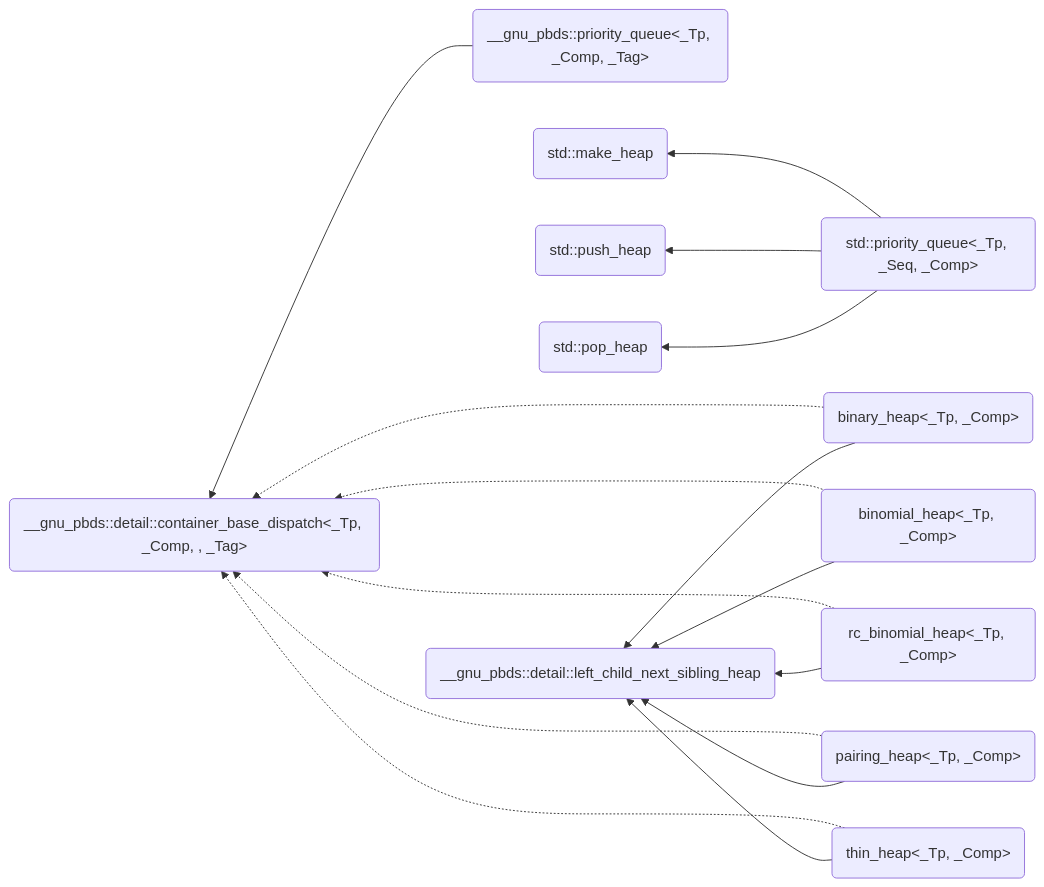
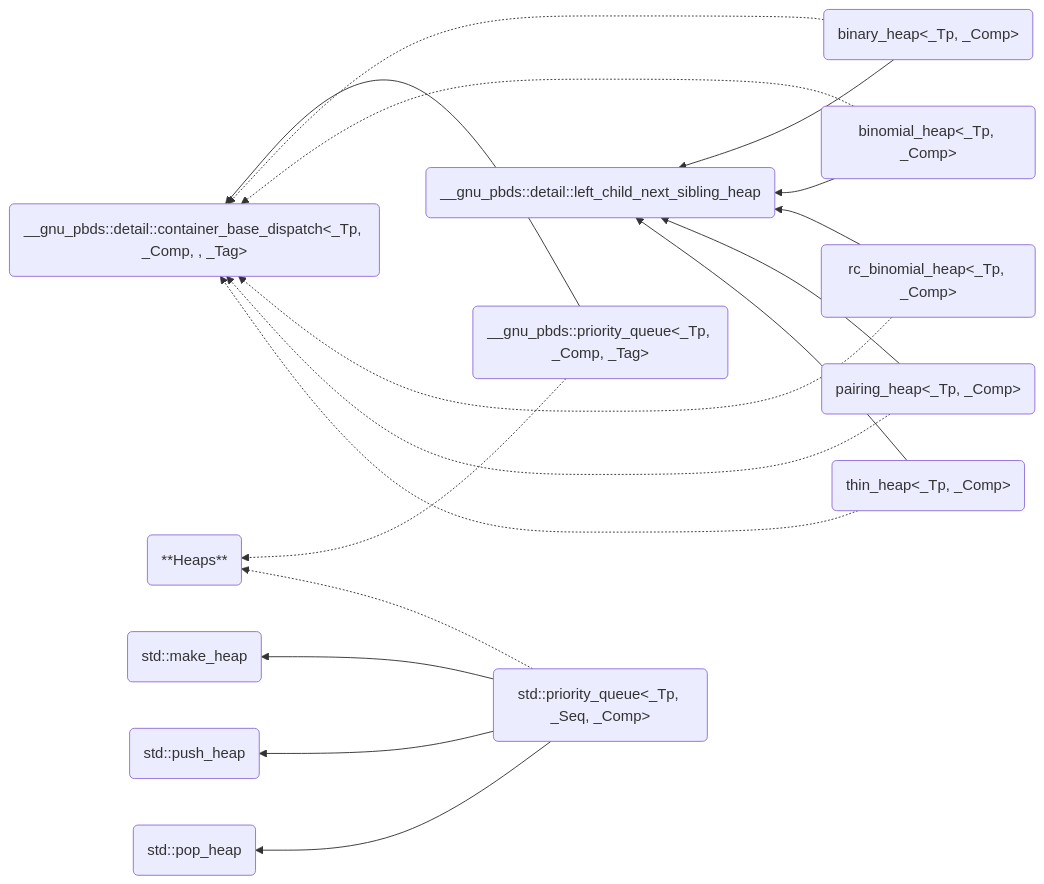
One commit to AsherJingkongChen/ds-assign4 changed the diagram in doc/priority_queue.md. Above: the diagram before and after it, drawn with Mermaid.

Commit message:
Asher Chen commited at 2022-12-28_12-45-37

````diff
--- a/doc/priority_queue.md
+++ b/doc/priority_queue.md
@@ -3,39 +3,43 @@
 ```mermaid
 graph RL;
+heap(**Heaps**);
 gpq(__gnu_pbds::priority_queue<_Tp, _Comp, _Tag>);
 spq(std::priority_queue<_Tp, _Seq, _Comp>);
 make(std::make_heap);
 push(std::push_heap);
 pop(std::pop_heap);
 binhp(binary_heap<_Tp, _Comp>);
 bimhp(binomial_heap<_Tp, _Comp>);
 pahp(pairing_heap<_Tp, _Comp>);
 rbimhp(rc_binomial_heap<_Tp, _Comp>);
 thinhp(thin_heap<_Tp, _Comp>);
 gcbase(__gnu_pbds::detail::container_base_dispatch<_Tp, _Comp, , _Tag>);
 lcnsh(__gnu_pbds::detail::left_child_next_sibling_heap);
+
+gpq .-> heap;
+spq .-> heap;
 
 spq --> make;
 spq --> push;
 spq --> pop;
 
 gpq --> gcbase;
 binhp ..-> gcbase;
 binhp --> lcnsh;
 bimhp ..-> gcbase;
 bimhp --> lcnsh;
 rbimhp ..-> gcbase;
 rbimhp --> lcnsh;
 pahp ..-> gcbase;
 pahp --> lcnsh;
 thinhp ..-> gcbase;
 thinhp --> lcnsh;
 
 click spq "https://gcc.gnu.org/onlinedocs/gcc-12.2.0/libstdc++/api/a08762.html";
 click make "https://gcc.gnu.org/onlinedocs/gcc-12.2.0/libstdc++/api/a01614.html#ga2a685c934e85086e5ac372026e8064f6";
 click push "https://gcc.gnu.org/onlinedocs/gcc-12.2.0/libstdc++/api/a01614.html#ga0a57ba46981d46e0f3ebd4703d0ad18b";
 click pop "https://gcc.gnu.org/onlinedocs/gcc-12.2.0/libstdc++/api/a01614.html#gab628ce505c9574f8929a0fa49ed514b3";
 click gpq "https://gcc.gnu.org/onlinedocs/gcc-12.2.0/libstdc++/api/a12902.html";
 click gcbase "https://gcc.gnu.org/onlinedocs/gcc-12.2.0/libstdc++/api/a13070.html";
 
 ```
````
